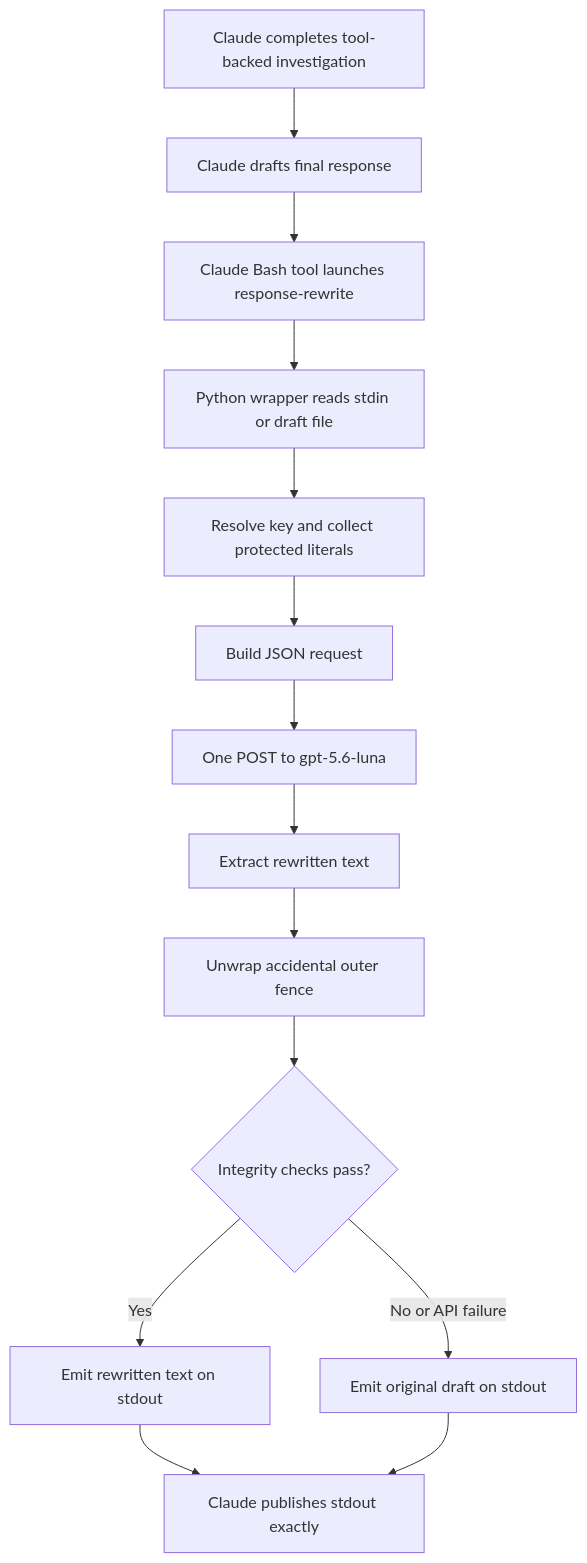
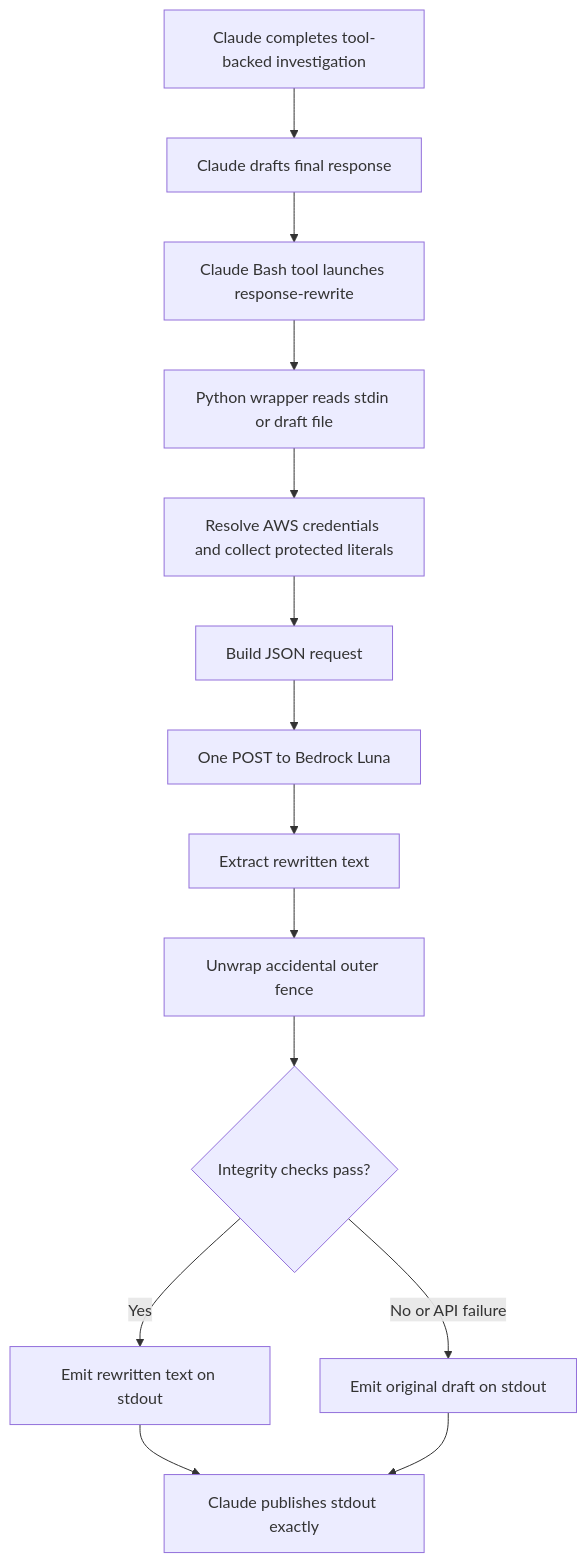
One commit to slashr/claude-response-tuning changed the first of 2 diagrams in claude-response-tuning.md. Above: the diagram before and after it, drawn with Mermaid. The commit also changed other lines of this file and 6 other files, not shown here.

````diff
--- a/claude-response-tuning.md
+++ b/claude-response-tuning.md
@@ -17,16 +18,16 @@
 ```mermaid
 flowchart TD
     A[Claude completes tool-backed investigation] --> B[Claude drafts final response]
     B --> C[Claude Bash tool launches response-rewrite]
     C --> D[Python wrapper reads stdin or draft file]
-    D --> E[Resolve key and collect protected literals]
+    D --> E[Resolve AWS credentials and collect protected literals]
     E --> F[Build JSON request]
-    F --> G[One POST to gpt-5.6-luna]
+    F --> G[One POST to Bedrock Luna]
     G --> H[Extract rewritten text]
     H --> I[Unwrap accidental outer fence]
     I --> J{Integrity checks pass?}
     J -->|Yes| K[Emit rewritten text on stdout]
     J -->|No or API failure| L[Emit original draft on stdout]
     K --> M[Claude publishes stdout exactly]
     L --> M
 ```
````
